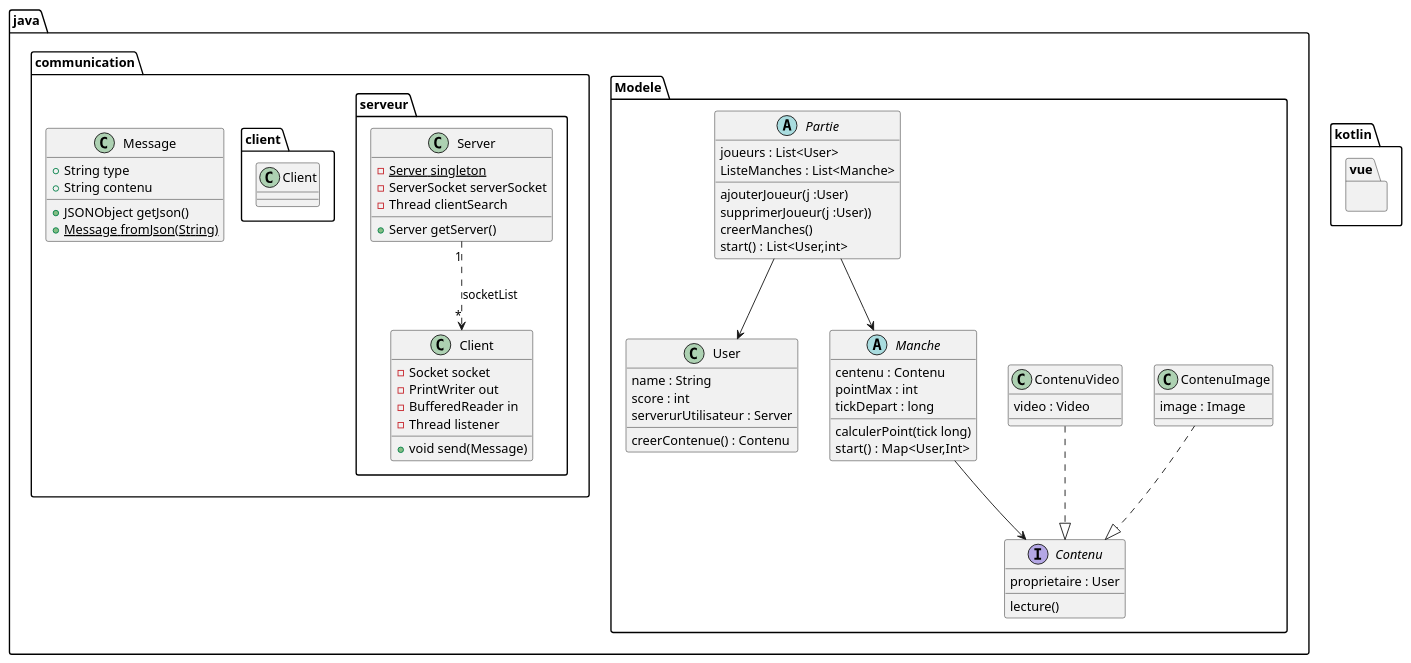
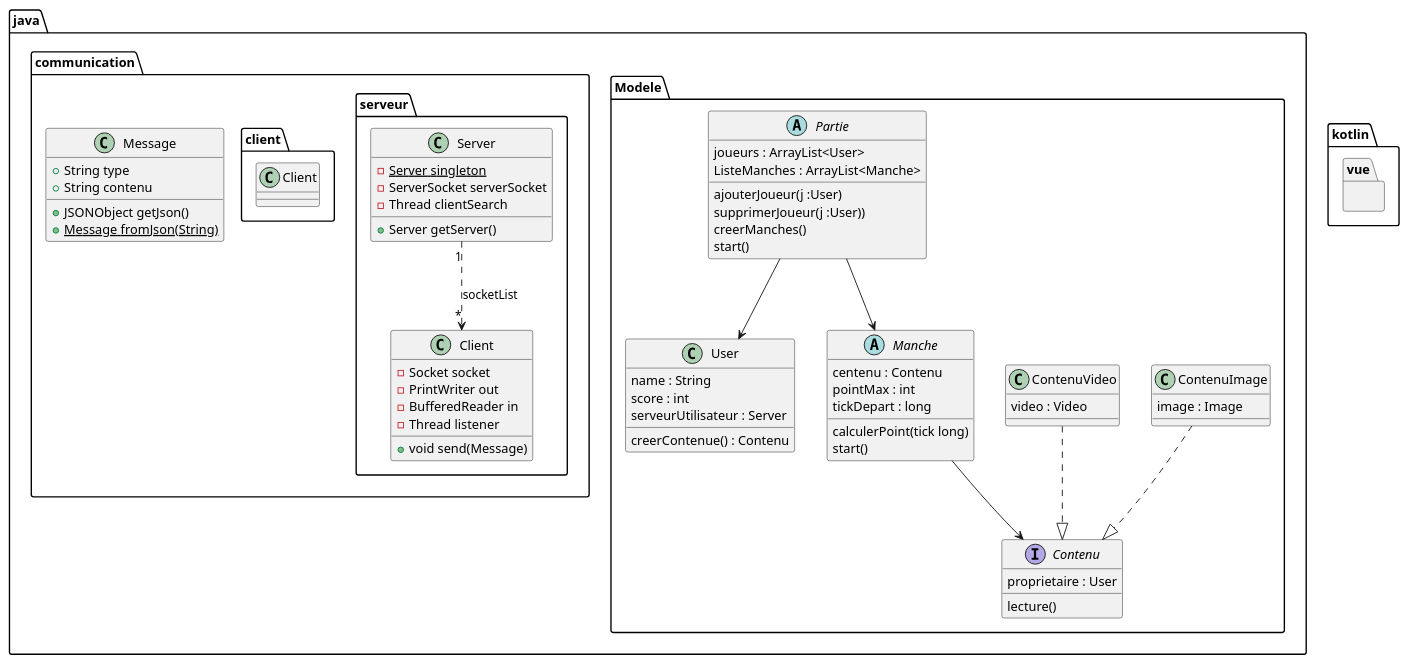
The diagram in document/diagrammeClasse.puml (PlumeDeRenard54/PhotoRoulette), drawn with PlantUML before and after one commit.

Commit message:
[update] Adaptation du diagramme

```diff
--- a/document/diagrammeClasse.puml
+++ b/document/diagrammeClasse.puml
@@ -1,81 +1,81 @@
 @startuml
 package java {
 package Modele {
     class User {
      name : String
      score : int
-     serverurUtilisateur : Server
+     serveurUtilisateur : Server
      creerContenue() : Contenu
     }
 
     abstract class Manche {
         centenu : Contenu
         pointMax : int
         tickDepart : long
         calculerPoint(tick long)
-        start() : Map<User,Int>
+        start()
     }
 
     interface Contenu {
         proprietaire : User
         lecture()
     }
 
     class ContenuImage {
         image : Image
     }
 
     class ContenuVideo {
         video : Video
     }
 
     abstract class Partie {
-        joueurs : List<User>
-        ListeManches : List<Manche>
+        joueurs : ArrayList<User>
+        ListeManches : ArrayList<Manche>
         ajouterJoueur(j :User)
         supprimerJoueur(j :User))
         creerManches()
-        start() : List<User,int>
+        start()
     }
 }
 
 package communication{
     package serveur {
         class Client {
         - Socket socket
         - PrintWriter out
         - BufferedReader in
         - Thread listener
         + void send(Message)
         }
 
 
         class Server {
         - {static} Server singleton
         - ServerSocket serverSocket
         - Thread clientSearch
         + Server getServer()
         }
         Server "1" ..> "*" Client : socketList
 }
 class Message {
 + String type
 + String contenu
 + JSONObject getJson()
 + {static} Message fromJson(String)
     }
 
     package client {
         class Client
     }
 }
 }
 package kotlin{
     package vue {}
 }
 ContenuImage ..|> Contenu
 ContenuVideo ..|> Contenu
 Manche --> Contenu
 Partie --> User
 Partie --> Manche
 @enduml
```
